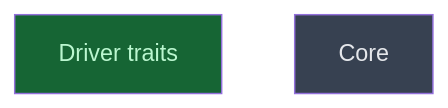
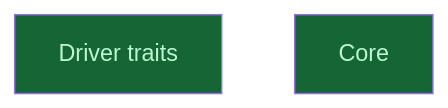
Before and after one commit to CrackingShells/Candler: the diagram in __roadmap__/m4-session-runner/traits/README.md, drawn with Mermaid. The commit also changed other lines of this file and 5 other files, not shown here.

````diff
--- a/__roadmap__/m4-session-runner/traits/README.md
+++ b/__roadmap__/m4-session-runner/traits/README.md
@@ -18,10 +18,10 @@
 ```mermaid
 graph TD
     driver_traits[Driver traits]:::done
-    core[Core]:::planned
+    core[Core]:::done
     classDef done       fill:#166534,color:#bbf7d0
     classDef inprogress fill:#854d0e,color:#fef08a
     classDef planned    fill:#374151,color:#e5e7eb
     classDef amendment  fill:#1e3a5f,color:#bfdbfe
     classDef blocked    fill:#7f1d1d,color:#fecaca
 ```
````
